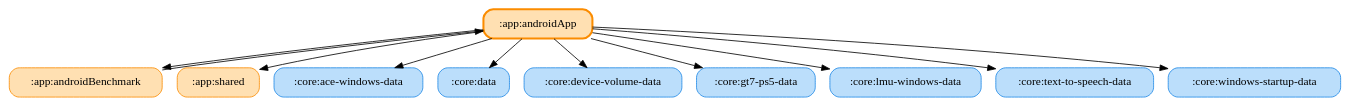
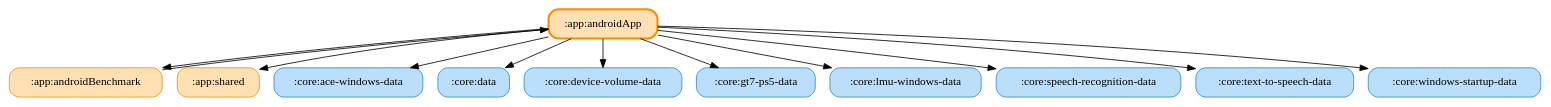
The diagram in docs/graphs/app-androidApp.gv (ai-kurou/KoDriver), drawn with Graphviz before and after one commit. The commit also changed 9 other files, not shown here.

Commit message:
chore: update module graph images

```diff
--- a/docs/graphs/app-androidApp.gv
+++ b/docs/graphs/app-androidApp.gv
@@ -1,24 +1,26 @@
 digraph G {
   rankdir=TB
   node [shape=box, style="rounded,filled"]
   ":app:androidApp" [fillcolor="#FFE0B2", color="#FB8C00", penwidth=2.5]
   ":app:androidBenchmark" [fillcolor="#FFE0B2", color="#FB8C00", penwidth=1]
   ":app:shared" [fillcolor="#FFE0B2", color="#FB8C00", penwidth=1]
   ":core:ace-windows-data" [fillcolor="#BBDEFB", color="#1E88E5", penwidth=1]
   ":core:data" [fillcolor="#BBDEFB", color="#1E88E5", penwidth=1]
   ":core:device-volume-data" [fillcolor="#BBDEFB", color="#1E88E5", penwidth=1]
   ":core:gt7-ps5-data" [fillcolor="#BBDEFB", color="#1E88E5", penwidth=1]
   ":core:lmu-windows-data" [fillcolor="#BBDEFB", color="#1E88E5", penwidth=1]
+  ":core:speech-recognition-data" [fillcolor="#BBDEFB", color="#1E88E5", penwidth=1]
   ":core:text-to-speech-data" [fillcolor="#BBDEFB", color="#1E88E5", penwidth=1]
   ":core:windows-startup-data" [fillcolor="#BBDEFB", color="#1E88E5", penwidth=1]
   ":app:androidApp" -> ":app:shared"
   ":app:androidApp" -> ":app:androidBenchmark"
   ":app:androidApp" -> ":core:data"
   ":app:androidApp" -> ":core:ace-windows-data"
   ":app:androidApp" -> ":core:gt7-ps5-data"
   ":app:androidApp" -> ":core:lmu-windows-data"
   ":app:androidApp" -> ":core:device-volume-data"
+  ":app:androidApp" -> ":core:speech-recognition-data"
   ":app:androidApp" -> ":core:text-to-speech-data"
   ":app:androidApp" -> ":core:windows-startup-data"
   ":app:androidBenchmark" -> ":app:androidApp"
 }
```
